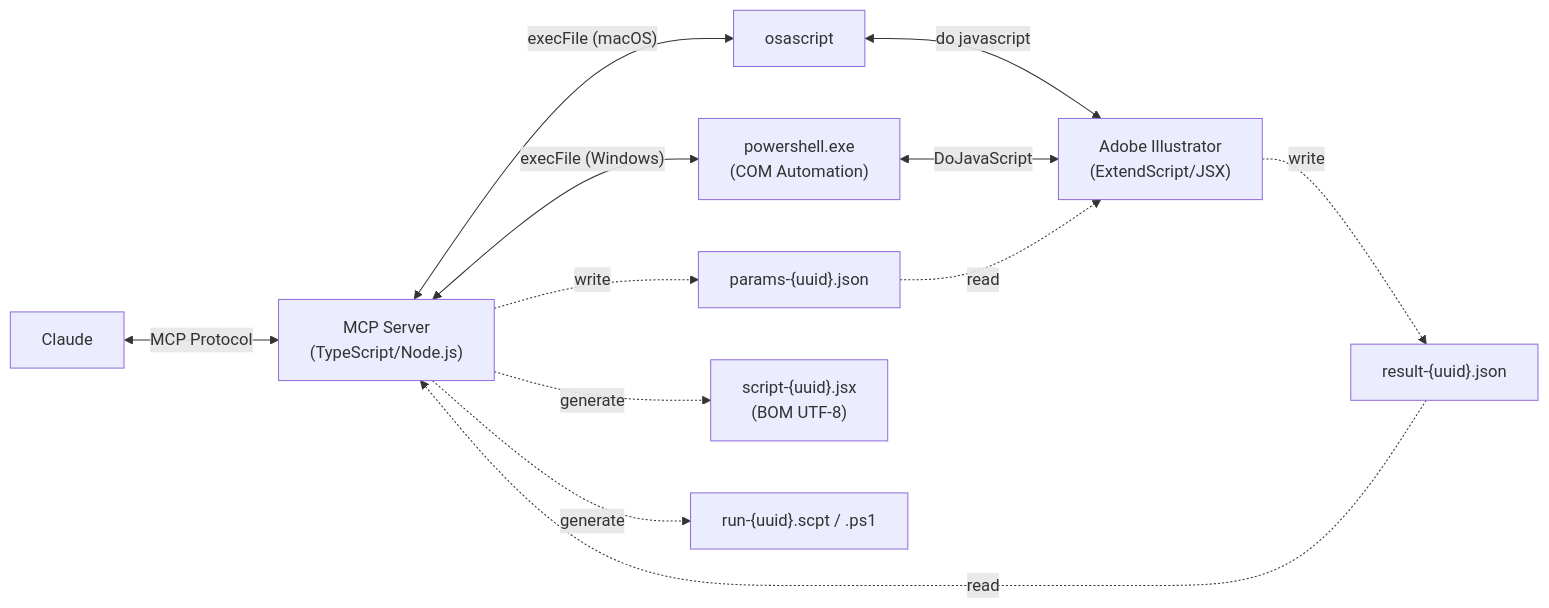
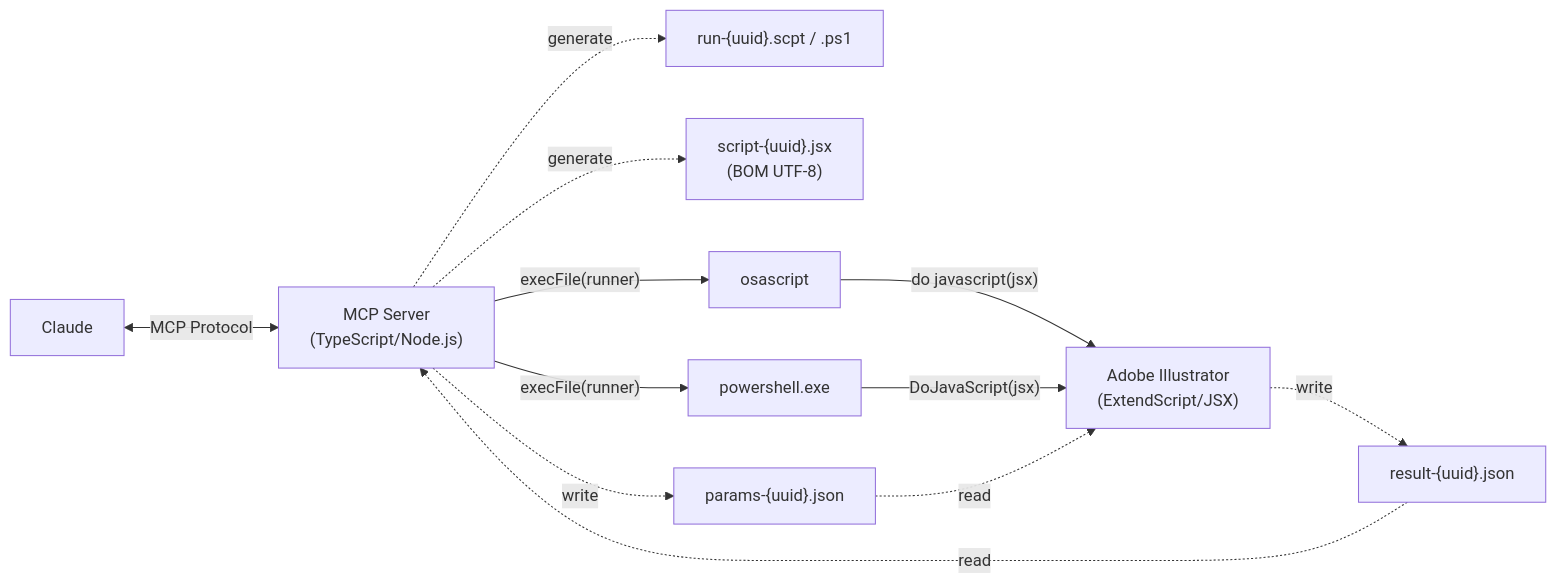
Before and after one commit to ie3jp/illustrator-mcp-server: the diagram in README.ja.md, drawn with Mermaid. The commit also changed 1 other file, not shown here.

Commit message:
Fix architecture diagram to show actual file flow
The runner and jsx files had arrows in but none out, making them
look disconnected. Now the diagram shows:
- execFile(runner): Server passes runner script to osascript/powershell
- do javascript(jsx): runner tells Illustrator to execute the jsx file
- Arrows are unidirectional (-->) instead of bidirectional (<-->)
  to accurately reflect the one-way execution flow

https://claude.ai/code/session_01EQQRW92kiFXtJar5i5SYqg

````diff
--- a/README.ja.md
+++ b/README.ja.md
@@ -362,15 +362,18 @@
 ```mermaid
 flowchart LR
     Claude <-->|MCP Protocol| Server["MCP Server\n(TypeScript/Node.js)"]
-    Server <-->|"execFile (macOS)"| osascript
-    Server <-->|"execFile (Windows)"| PS["powershell.exe\n(COM Automation)"]
-    osascript <-->|do javascript| AI["Adobe Illustrator\n(ExtendScript/JSX)"]
-    PS <-->|DoJavaScript| AI
 
+    Server -.->|generate| Runner["run-{uuid}.scpt / .ps1"]
+    Server -.->|generate| JSX["script-{uuid}.jsx\n(BOM UTF-8)"]
     Server -.->|write| PF["params-{uuid}.json"]
+
+    Server -->|"execFile(runner)"| osascript
+    Server -->|"execFile(runner)"| PS["powershell.exe"]
+
+    osascript -->|"do javascript(jsx)"| AI["Adobe Illustrator\n(ExtendScript/JSX)"]
+    PS -->|"DoJavaScript(jsx)"| AI
+
     PF -.->|read| AI
     AI -.->|write| RF["result-{uuid}.json"]
     RF -.->|read| Server
-    Server -.->|generate| JSX["script-{uuid}.jsx\n(BOM UTF-8)"]
-    Server -.->|generate| Runner["run-{uuid}.scpt / .ps1"]
 ```
````
